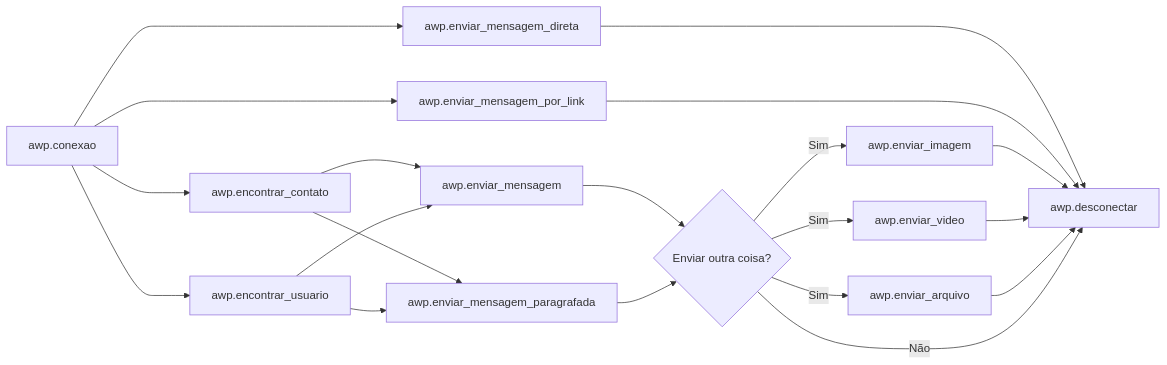
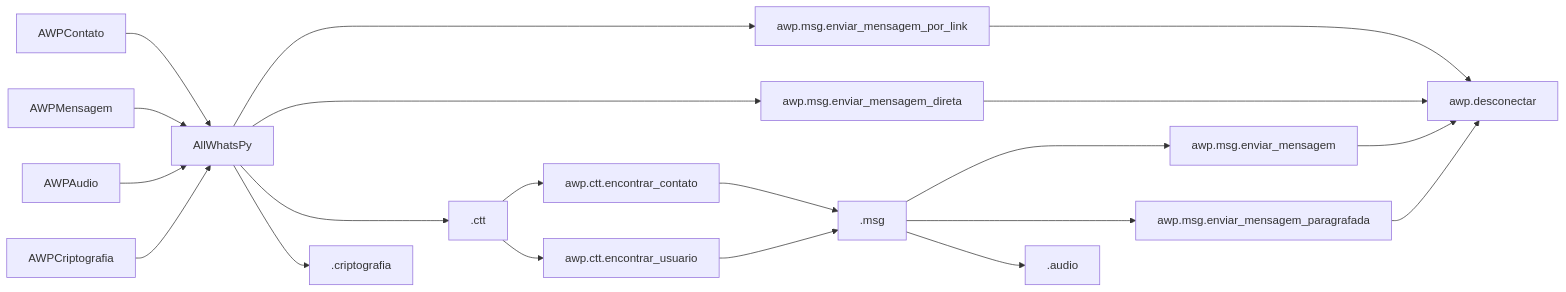
The diagram in README.md (DevLucasLourenco/AllWhatsPy), drawn with Mermaid before and after one commit. The commit also changed other lines of this file and 19 other files, not shown here.

````diff
--- a/README.md
+++ b/README.md
@@ -127,32 +135,34 @@
 ```mermaid
-flowchart LR;
-    awp.conexao-->awpe[awp.encontrar_contato];
-    awp.conexao-->awpu[awp.encontrar_usuario];
-    awp.conexao---->awp.enviar_mensagem_por_link;
-    awp.conexao---->awp.enviar_mensagem_direta;
-        
-    
-    awpe-->awp.enviar_mensagem;
-    awpe-->awp.enviar_mensagem_paragrafada;
-    
-    awpu-->awp.enviar_mensagem;
-    awpu-->awp.enviar_mensagem_paragrafada;
-    
-    awp.enviar_mensagem-->E{Enviar outra coisa?};
-    awp.enviar_mensagem_paragrafada-->E;
-    awp.enviar_mensagem_direta---->d[awp.desconectar];
-    awp.enviar_mensagem_por_link---->d;
-    
-    
-    
-    E -- Sim --> awp.enviar_imagem;
-    E -- Sim --> awp.enviar_video;
-    E -- Sim --> awp.enviar_arquivo;
-    
-    
-    awp.enviar_imagem --> d;
-    awp.enviar_video --> d;
-    awp.enviar_arquivo --> d;
-    E -- Não --> d;
+flowchart LR
+  AWPContato  --> AllWhatsPy
+  AWPMensagem --> AllWhatsPy
+  AWPAudio --> AllWhatsPy
+  AWPCriptografia --> AllWhatsPy
+
+  AllWhatsPy ----> awp.msg.enviar_mensagem_por_link 
+  AllWhatsPy ----> awp.msg.enviar_mensagem_direta
+
+  awp.msg.enviar_mensagem_por_link ----> awp.desconectar
+  awp.msg.enviar_mensagem_direta ----> awp.desconectar
+
+  AllWhatsPy ---> .ctt
+  AllWhatsPy --> .criptografia 
+  
+  .ctt --> awp.ctt.encontrar_contato
+  .ctt --> awp.ctt.encontrar_usuario
+  
+  awp.ctt.encontrar_contato --> .msg
+  awp.ctt.encontrar_usuario --> .msg
+
+
+  .msg ---> awp.msg.enviar_mensagem
+  .msg ---> awp.msg.enviar_mensagem_paragrafada
+
+  .msg --> .audio 
+
+  awp.msg.enviar_mensagem_paragrafada --> awp.desconectar
+  awp.msg.enviar_mensagem --> awp.desconectar
+
+
        
 ```
````
